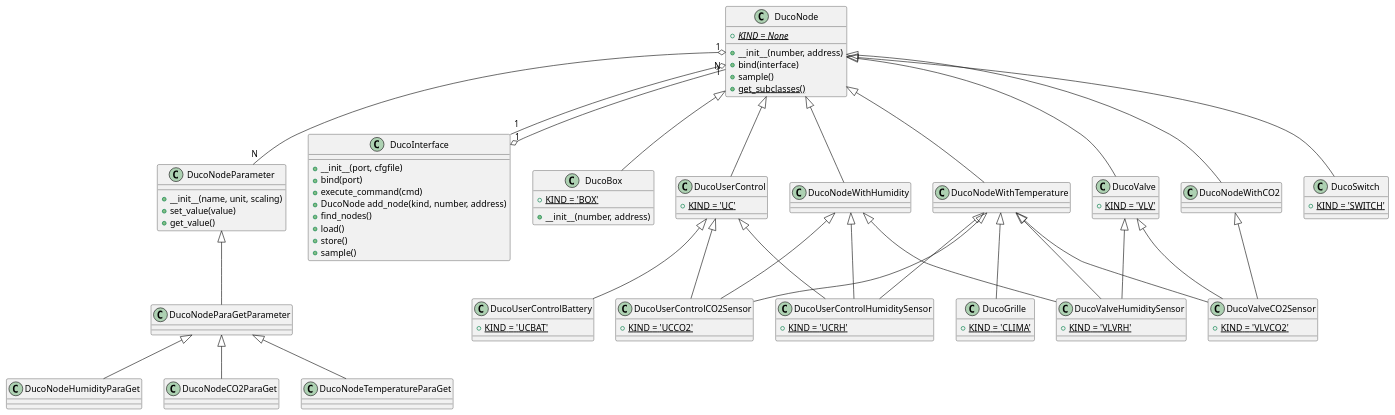
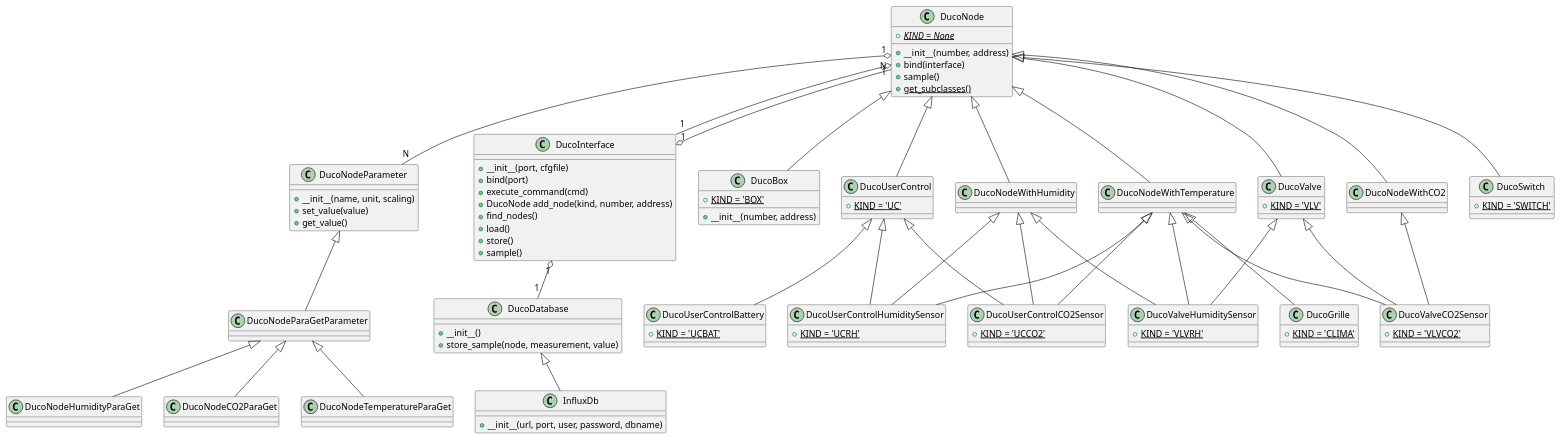
The diagram in docs/design.rst (SteinHeselmans/DucoBox), drawn with PlantUML before and after one commit. The commit also changed 1 other file, not shown here.

Commit message:
Create re-usable DucoDatabase class and derive InfluxDb from it

```diff
--- a/docs/design.rst
+++ b/docs/design.rst
@@ -19,6 +19,7 @@
     DucoNodeParaGetParameter <|-- DucoNodeCO2ParaGet
     DucoNodeParaGetParameter <|-- DucoNodeTemperatureParaGet
     DucoInterface "1" o-- "N" DucoNode
+    DucoInterface "1" o-- "1" DucoDatabase
     DucoNode "1" o-- "N" DucoNodeParameter
     DucoNode "1" o-- "1" DucoInterface
 
@@ -49,6 +50,8 @@
 
     DucoNodeWithTemperature <|-- DucoGrille
 
+    DucoDatabase <|-- InfluxDb
+
     class DucoNodeParameter {
         +__init__(name, unit, scaling)
         +set_value(value)
@@ -64,6 +67,15 @@
         +load()
         +store()
         +sample()
+    }
+
+    class DucoDatabase {
+        +__init__()
+        +store_sample(node, measurement, value)
+    }
+
+    class InfluxDb {
+        +__init__(url, port, user, password, dbname)
     }
 
     class DucoNode {
```
